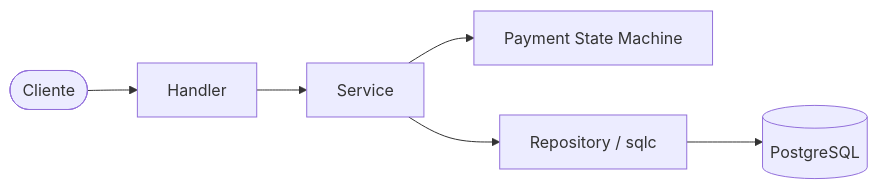
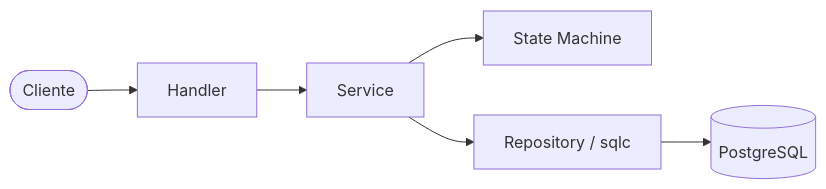
Before and after one commit to cauanvital/payment-gateway-simulator: the first of 2 diagrams in README.md, drawn with Mermaid. The commit also changed other lines of this file and 1 other file, not shown here.

````diff
--- a/README.md
+++ b/README.md
@@ -49,8 +35,8 @@
 ```mermaid
 flowchart LR
     Client([Cliente]) --> Handler
     Handler --> Service[Service]
-    Service --> SM[Payment State Machine]
+    Service --> SM[State Machine]
     Service --> Repo[Repository / sqlc]
     Repo --> DB[(PostgreSQL)]
 ```
````
